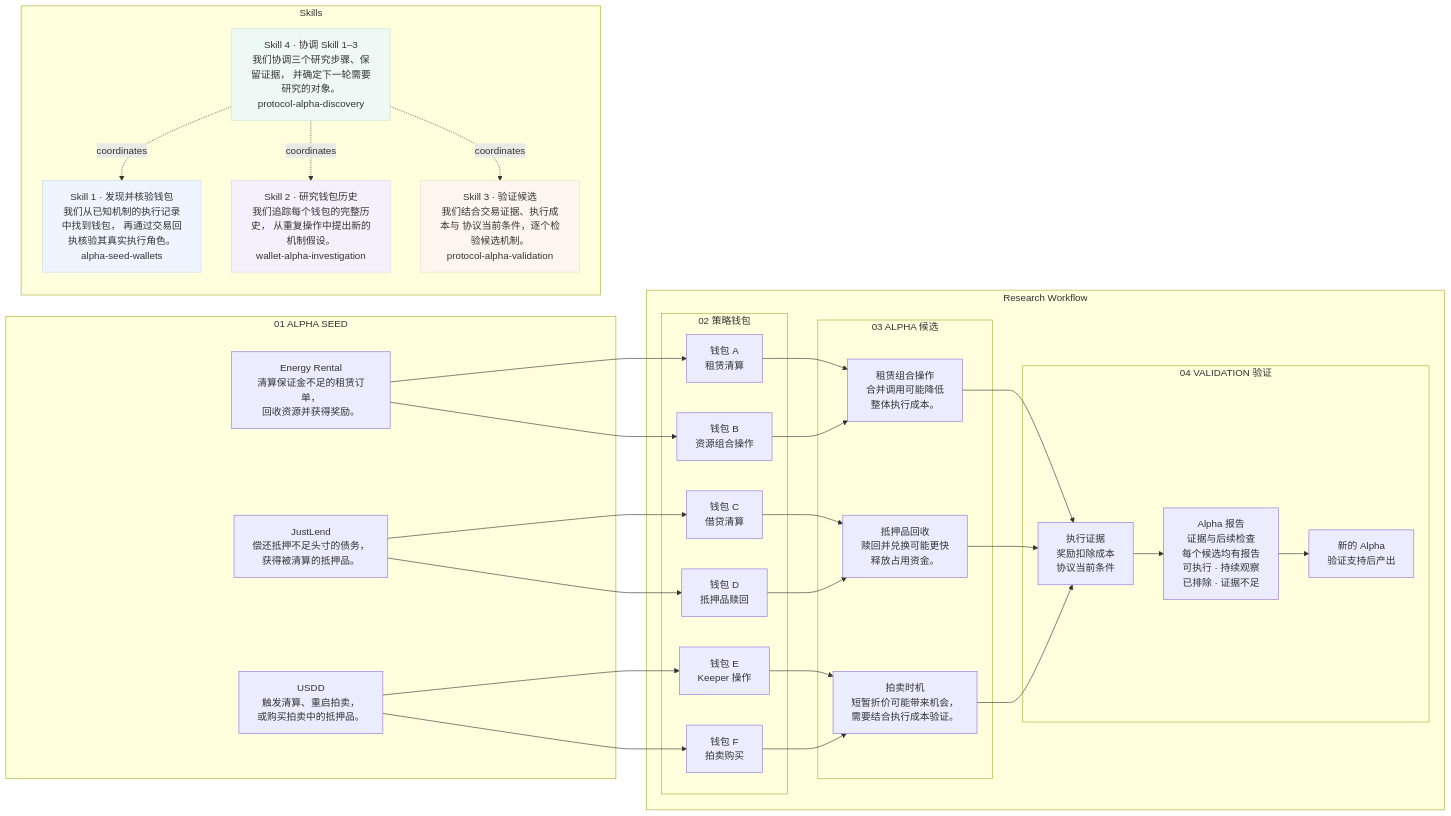
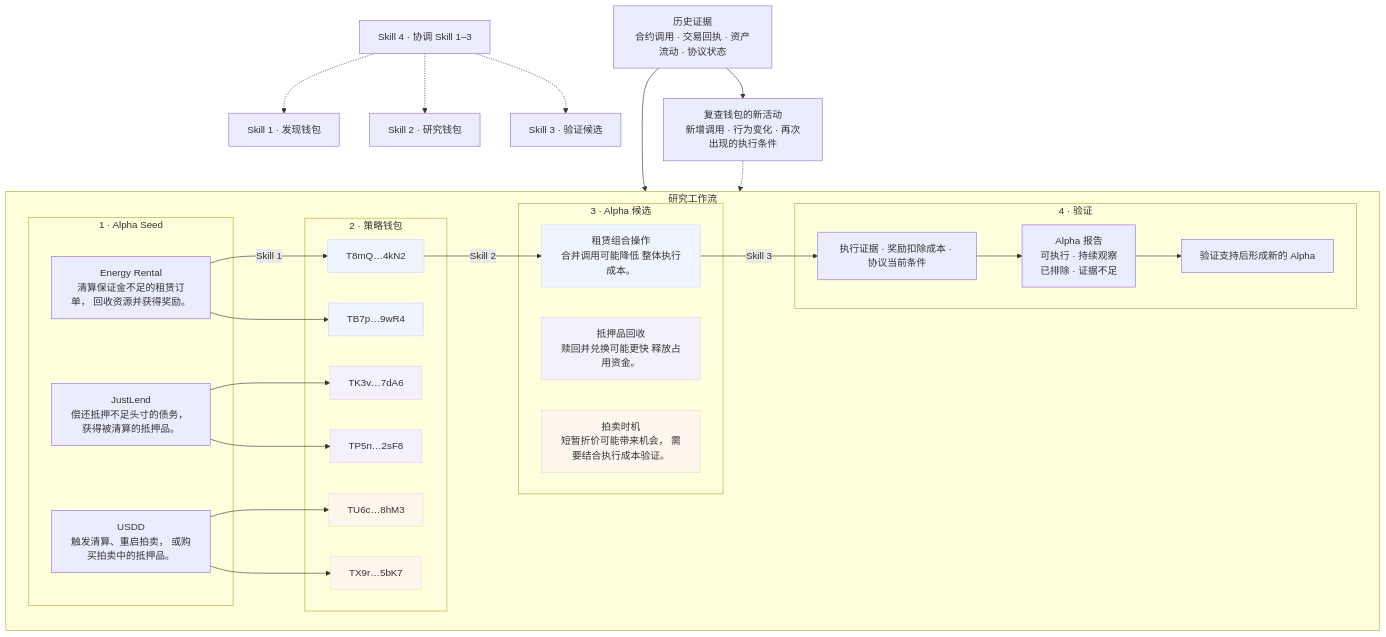
Before and after one commit to qinyh10300/protocol-alpha-finder: the diagram in docs/diagrams/system-architecture-zh-CN.mmd, drawn with Mermaid. The commit also changed 15 other files, not shown here.

Commit message:
docs: combine architecture into one concise research diagram

```diff
--- a/docs/diagrams/system-architecture-zh-CN.mmd
+++ b/docs/diagrams/system-architecture-zh-CN.mmd
@@ -1,57 +1,59 @@
-%% Solid lines show evidence/results; dashed lines show Skill coordination.
-flowchart LR
-    subgraph SEEDS["01  ALPHA SEED"]
-        SEED0["Energy Rental<br/>清算保证金不足的租赁订单，<br/>回收资源并获得奖励。"]
-        SEED1["JustLend<br/>偿还抵押不足头寸的债务，<br/>获得被清算的抵押品。"]
-        SEED2["USDD<br/>触发清算、重启拍卖，<br/>或购买拍卖中的抵押品。"]
+flowchart TB
+    subgraph FLOW["研究工作流"]
+        direction LR
+        subgraph SEEDS["1 · Alpha Seed"]
+            SEED0["Energy Rental<br/>清算保证金不足的租赁订单， 回收资源并获得奖励。"]
+            SEED1["JustLend<br/>偿还抵押不足头寸的债务， 获得被清算的抵押品。"]
+            SEED2["USDD<br/>触发清算、重启拍卖， 或购买拍卖中的抵押品。"]
+        end
+        subgraph WALLETS["2 · 策略钱包"]
+            WALLET0["T8mQ…4kN2"]
+            WALLET1["TB7p…9wR4"]
+            WALLET2["TK3v…7dA6"]
+            WALLET3["TP5n…2sF8"]
+            WALLET4["TU6c…8hM3"]
+            WALLET5["TX9r…5bK7"]
+        end
+        subgraph CANDIDATES["3 · Alpha 候选"]
+            CANDIDATE0["租赁组合操作<br/>合并调用可能降低 整体执行成本。"]
+            CANDIDATE1["抵押品回收<br/>赎回并兑换可能更快 释放占用资金。"]
+            CANDIDATE2["拍卖时机<br/>短暂折价可能带来机会， 需要结合执行成本验证。"]
+        end
+        subgraph VALIDATION["4 · 验证"]
+            CHECK["执行证据 · 奖励扣除成本 · 协议当前条件"]
+            REPORT["Alpha 报告<br/>可执行 · 持续观察<br/>已排除 · 证据不足"]
+            NEW["验证支持后形成新的 Alpha"]
+            CHECK --> REPORT --> NEW
+        end
+        SEED0 -->|Skill 1| WALLET0
+        SEED0 --> WALLET1
+        SEED1 --> WALLET2
+        SEED1 --> WALLET3
+        SEED2 --> WALLET4
+        SEED2 --> WALLET5
+        WALLET0 -->|Skill 2| CANDIDATE0
+        CANDIDATE0 -->|Skill 3| CHECK
     end
-    subgraph RESEARCH["Research Workflow"]
-    subgraph WALLETS["02  策略钱包"]
-        WALLET0["钱包 A<br/>租赁清算"]
-        WALLET1["钱包 B<br/>资源组合操作"]
-        WALLET2["钱包 C<br/>借贷清算"]
-        WALLET3["钱包 D<br/>抵押品赎回"]
-        WALLET4["钱包 E<br/>Keeper 操作"]
-        WALLET5["钱包 F<br/>拍卖购买"]
-    end
-    subgraph CANDIDATES["03  ALPHA 候选"]
-        CANDIDATE0["租赁组合操作<br/>合并调用可能降低<br/>整体执行成本。"]
-        CANDIDATE1["抵押品回收<br/>赎回并兑换可能更快<br/>释放占用资金。"]
-        CANDIDATE2["拍卖时机<br/>短暂折价可能带来机会，<br/>需要结合执行成本验证。"]
-    end
-    subgraph VALIDATE["04  VALIDATION 验证"]
-    VALIDATION["执行证据<br/>奖励扣除成本<br/>协议当前条件"]
-    NEW["新的 Alpha<br/>验证支持后产出"]
-    REPORT["Alpha 报告<br/>证据与后续检查<br/>每个候选均有报告<br/>可执行 · 持续观察<br/>已排除 · 证据不足"]
-    VALIDATION --> REPORT
-    REPORT --> NEW
-    end
-    end
-    SEED0 --> WALLET0
-    WALLET0 --> CANDIDATE0
-    SEED0 --> WALLET1
-    WALLET1 --> CANDIDATE0
-    CANDIDATE0 --> VALIDATION
-    SEED1 --> WALLET2
-    WALLET2 --> CANDIDATE1
-    SEED1 --> WALLET3
-    WALLET3 --> CANDIDATE1
-    CANDIDATE1 --> VALIDATION
-    SEED2 --> WALLET4
-    WALLET4 --> CANDIDATE2
-    SEED2 --> WALLET5
-    WALLET5 --> CANDIDATE2
-    CANDIDATE2 --> VALIDATION
-    subgraph SKILLS["Skills"]
-        S0["Skill 1 · 发现并核验钱包<br/>我们从已知机制的执行记录中找到钱包， 再通过交易回执核验其真实执行角色。<br/>alpha-seed-wallets"]
-        S1["Skill 2 · 研究钱包历史<br/>我们追踪每个钱包的完整历史， 从重复操作中提出新的机制假设。<br/>wallet-alpha-investigation"]
-        S2["Skill 3 · 验证候选<br/>我们结合交易证据、执行成本与 协议当前条件，逐个检验候选机制。<br/>protocol-alpha-validation"]
-        S3["Skill 4 · 协调 Skill 1–3<br/>我们协调三个研究步骤、保留证据， 并确定下一轮需要研究的对象。<br/>protocol-alpha-discovery"]
-    end
-    S3 -. coordinates .-> S0
-    S3 -. coordinates .-> S1
-    S3 -. coordinates .-> S2
-    style S0 fill:#eff5ff,stroke:#c8daf8
-    style S1 fill:#f5f1fc,stroke:#ded2f2
-    style S2 fill:#fff7ed,stroke:#f1dcc2
-    style S3 fill:#eef8f4,stroke:#c9e5d9
+    S1["Skill 1 · 发现钱包"]
+    S2["Skill 2 · 研究钱包"]
+    S3["Skill 3 · 验证候选"]
+    S4["Skill 4 · 协调 Skill 1–3"]
+    S4 -.-> S1
+    S4 -.-> S2
+    S4 -.-> S3
+    HISTORY["历史证据<br/>合约调用 · 交易回执 · 资产流动 · 协议状态"]
+    OBSERVE["复查钱包的新活动<br/>新增调用 · 行为变化 · 再次出现的执行条件"]
+    HISTORY --> FLOW
+    HISTORY --> OBSERVE
+    OBSERVE -.-> FLOW
+    %% 地址与候选均为方法示意 · 相同颜色标明来源关系，图中只展开一条研究路径。
+    %% 重复采集与复查；当前由手动启动检查。
+    style WALLET0 fill:#eff5ff,stroke:#c8daf8
+    style WALLET1 fill:#eff5ff,stroke:#c8daf8
+    style CANDIDATE0 fill:#eff5ff,stroke:#c8daf8
+    style WALLET2 fill:#f5f1fc,stroke:#ded2f2
+    style WALLET3 fill:#f5f1fc,stroke:#ded2f2
+    style CANDIDATE1 fill:#f5f1fc,stroke:#ded2f2
+    style WALLET4 fill:#fff7ed,stroke:#f1dcc2
+    style WALLET5 fill:#fff7ed,stroke:#f1dcc2
+    style CANDIDATE2 fill:#fff7ed,stroke:#f1dcc2
```
